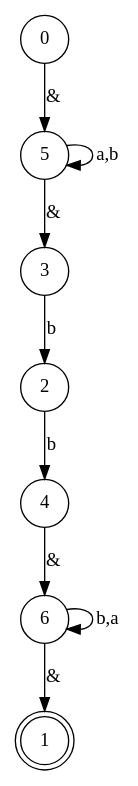
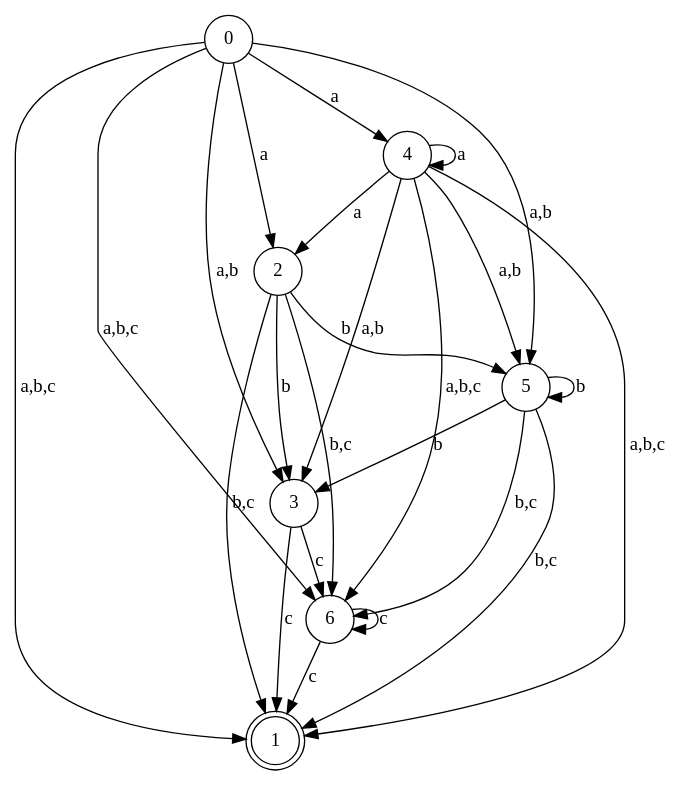
The diagram in projeto_1/test-output/graph.gv (igorbragaia/CTC-34), drawn with Graphviz before and after one commit. The commit also changed 3 other files, not shown here.

```diff
--- a/projeto_1/test-output/graph.gv
+++ b/projeto_1/test-output/graph.gv
@@ -1,17 +1,33 @@
 digraph {
 	0 [shape=circle]
 	1 [shape=doublecircle]
 	2 [shape=circle]
 	3 [shape=circle]
 	4 [shape=circle]
 	5 [shape=circle]
 	6 [shape=circle]
-	5 -> 5 [label="a,b"]
-	2 -> 4 [label=b]
-	3 -> 2 [label=b]
-	6 -> 6 [label="b,a"]
-	0 -> 5 [label="&"]
-	5 -> 3 [label="&"]
-	4 -> 6 [label="&"]
-	6 -> 1 [label="&"]
+	0 -> 4 [label=a]
+	0 -> 2 [label=a]
+	0 -> 5 [label="a,b"]
+	0 -> 3 [label="a,b"]
+	0 -> 6 [label="a,b,c"]
+	0 -> 1 [label="a,b,c"]
+	2 -> 5 [label=b]
+	2 -> 3 [label=b]
+	2 -> 6 [label="b,c"]
+	2 -> 1 [label="b,c"]
+	3 -> 6 [label=c]
+	3 -> 1 [label=c]
+	4 -> 4 [label=a]
+	4 -> 2 [label=a]
+	4 -> 5 [label="a,b"]
+	4 -> 3 [label="a,b"]
+	4 -> 6 [label="a,b,c"]
+	4 -> 1 [label="a,b,c"]
+	5 -> 5 [label=b]
+	5 -> 3 [label=b]
+	5 -> 6 [label="b,c"]
+	5 -> 1 [label="b,c"]
+	6 -> 6 [label=c]
+	6 -> 1 [label=c]
 }
```
